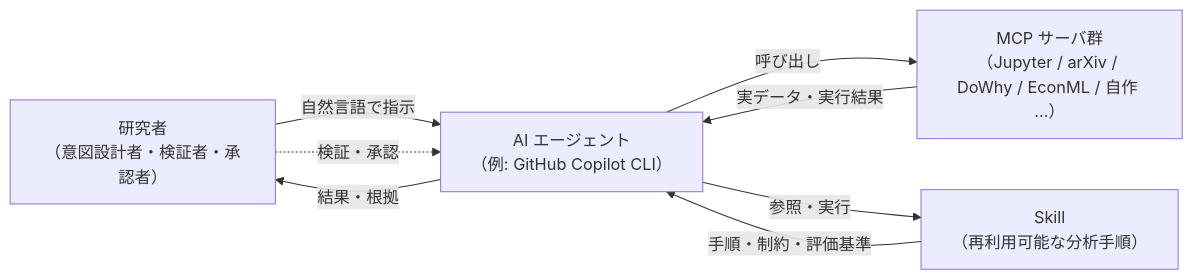
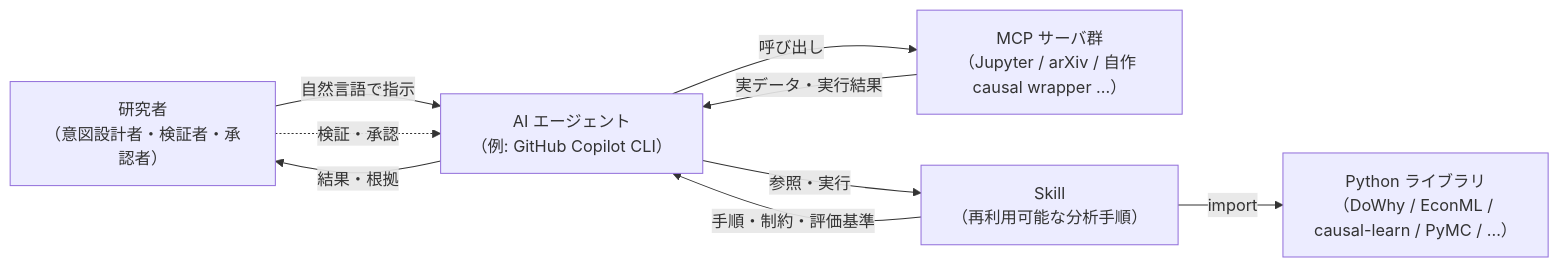
One commit to nahisaho/agentic-data-analysis-cookbook changed the diagram in papers/vol-04/chapter-00.md. Above: the diagram before and after it, drawn with Mermaid. The commit also changed other lines of this file, not shown here.

````diff
--- a/papers/vol-04/chapter-00.md
+++ b/papers/vol-04/chapter-00.md
@@ -42,15 +42,17 @@
 ```mermaid
 flowchart LR
     Human["研究者<br/>（意図設計者・検証者・承認者）"]
     Agent["AI エージェント<br/>（例: GitHub Copilot CLI）"]
-    MCP["MCP サーバ群<br/>（Jupyter / arXiv / DoWhy / EconML / 自作 ...）"]
+    MCP["MCP サーバ群<br/>（Jupyter / arXiv / 自作 causal wrapper ...）"]
     Skill["Skill<br/>（再利用可能な分析手順）"]
+    Libs["Python ライブラリ<br/>（DoWhy / EconML / causal-learn / PyMC / ...）"]
 
     Human -- 自然言語で指示 --> Agent
     Agent -- 呼び出し --> MCP
     Agent -- 参照・実行 --> Skill
+    Skill -- import --> Libs
     MCP -- 実データ・実行結果 --> Agent
     Skill -- 手順・制約・評価基準 --> Agent
     Agent -- 結果・根拠 --> Human
     Human -. 検証・承認 .-> Agent
 ```
````
